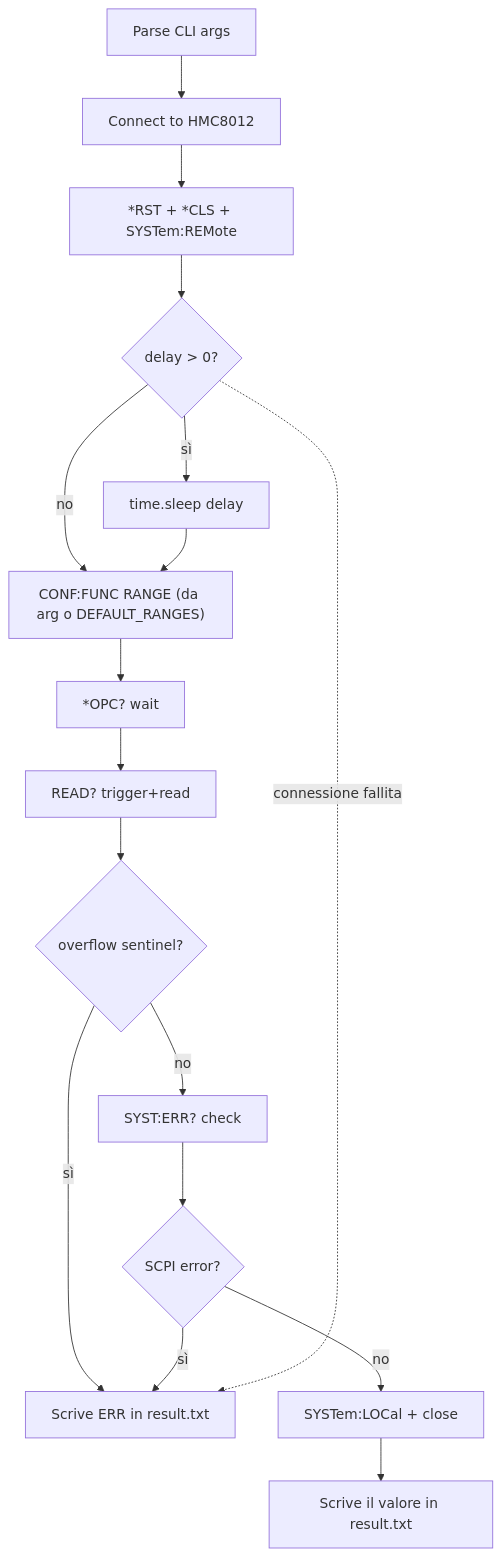
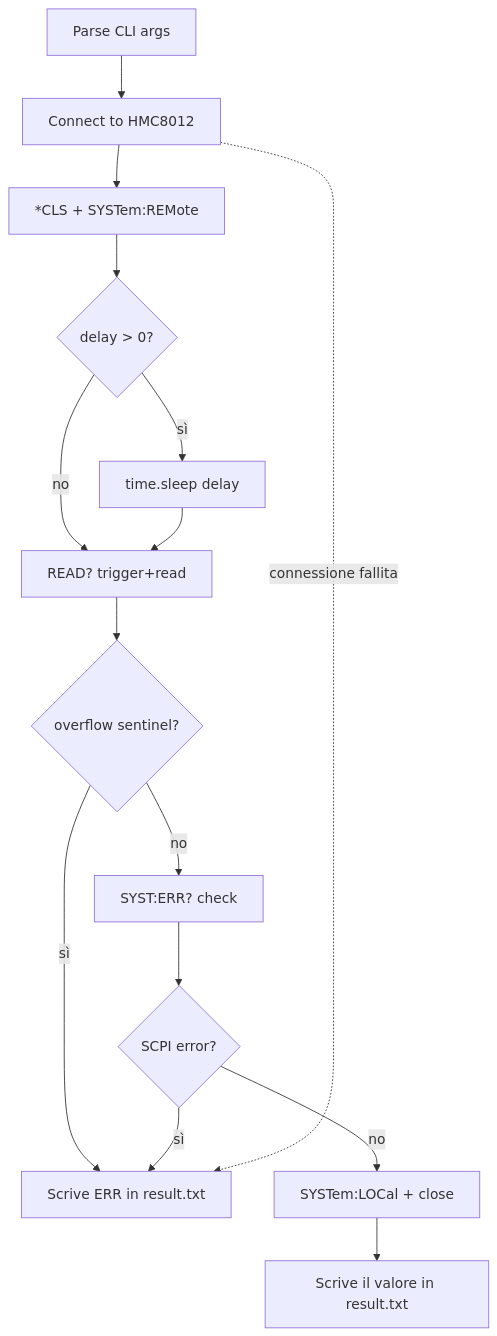
One commit to YarinCardillo/hmc8012-measure changed the third of 4 diagrams in README_ita.md. Above: the diagram before and after it, drawn with Mermaid. The commit also changed other lines of this file and 3 other files, not shown here.

````diff
--- a/README_ita.md
+++ b/README_ita.md
@@ -170,20 +184,18 @@
 ```mermaid
 flowchart TD
     A[Parse CLI args] --> B[Connect to HMC8012]
-    B --> C[*RST + *CLS + SYSTem:REMote]
+    B --> C[*CLS + SYSTem:REMote]
     C --> D{delay > 0?}
     D -- sì --> E[time.sleep delay]
     D -- no --> F
-    E --> F["CONF:FUNC RANGE (da arg o DEFAULT_RANGES)"]
-    F --> G[*OPC? wait]
-    G --> H[READ? trigger+read]
-    H --> I{overflow sentinel?}
-    I -- sì --> ERR[Scrive ERR in result.txt]
-    I -- no --> J[SYST:ERR? check]
-    J --> K{SCPI error?}
-    K -- sì --> ERR
-    K -- no --> L[SYSTem:LOCal + close]
-    L --> M[Scrive il valore in result.txt]
+    E --> F[READ? trigger+read]
+    F --> G{overflow sentinel?}
+    G -- sì --> ERR[Scrive ERR in result.txt]
+    G -- no --> H[SYST:ERR? check]
+    H --> I{SCPI error?}
+    I -- sì --> ERR
+    I -- no --> J[SYSTem:LOCal + close]
+    J --> K[Scrive il valore in result.txt]
 
-    D -.->|connessione fallita| ERR
+    B -.->|connessione fallita| ERR
 ```
````
